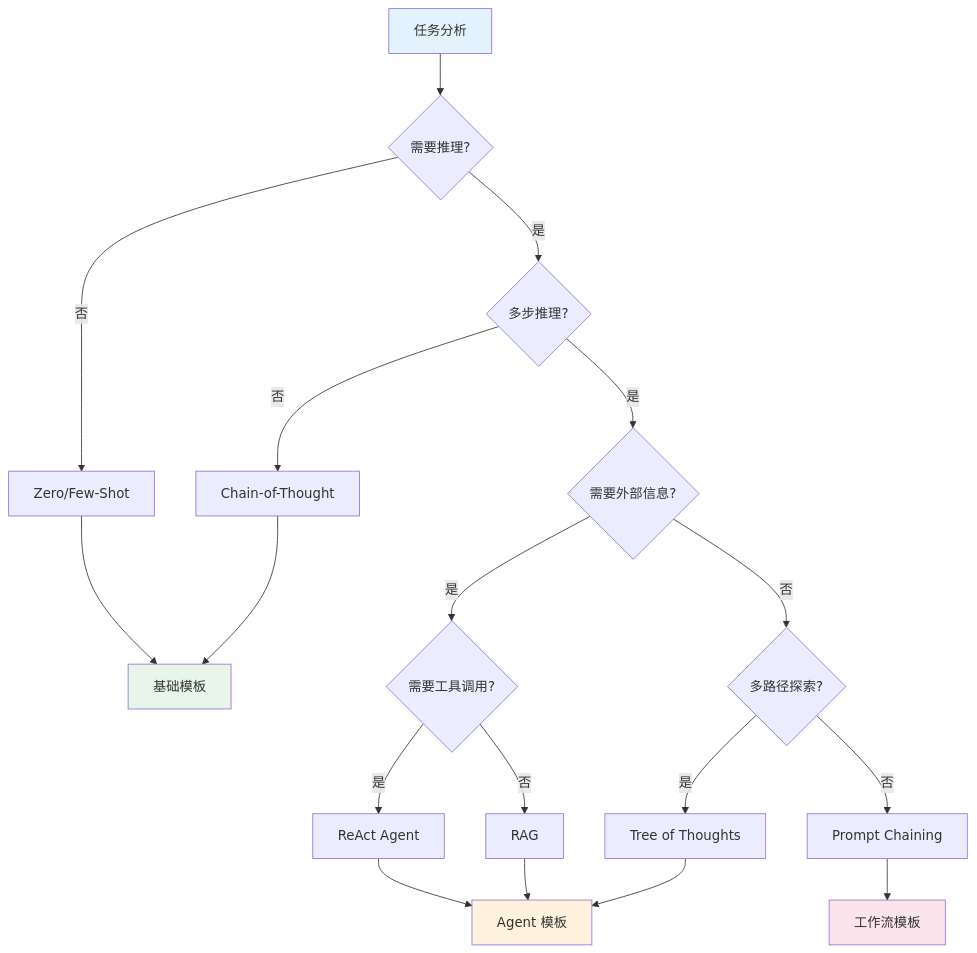
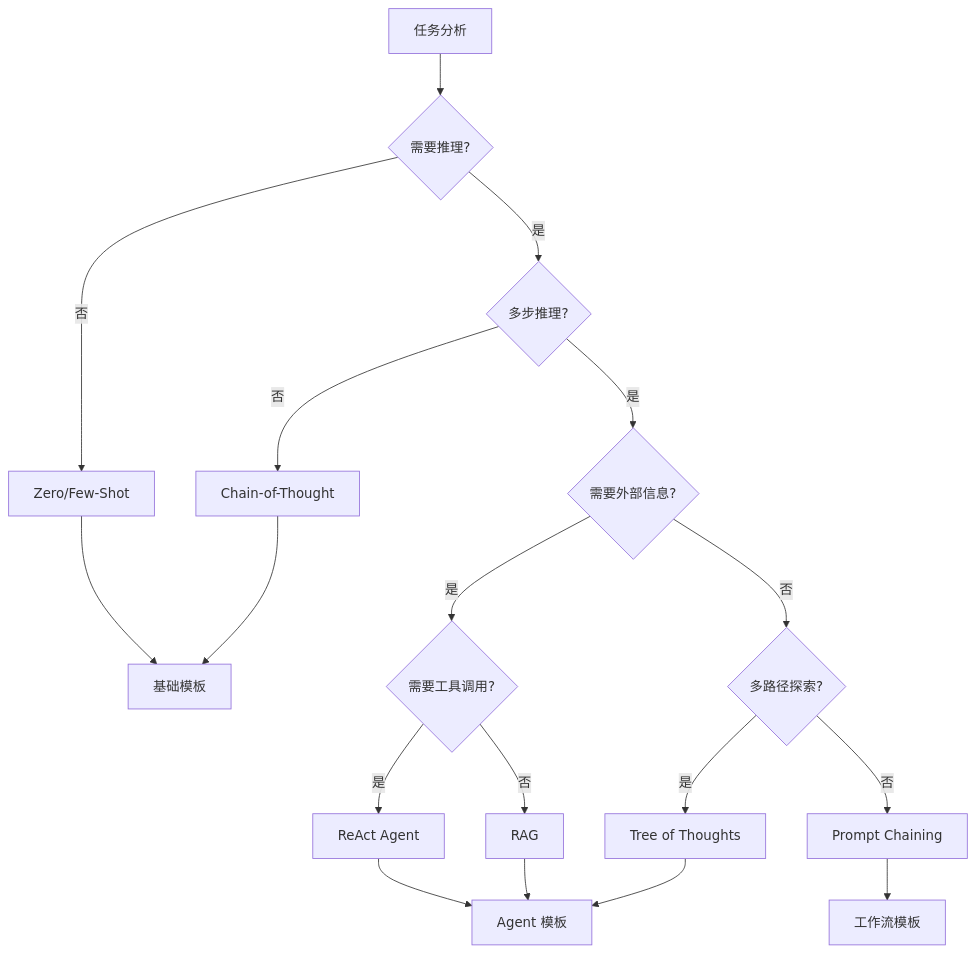
Before and after one commit to yuexiaoliang/prompt-engineering-learning: the second of 7 diagrams in 08-production-zh.md, drawn with Mermaid. The commit also changed other lines of this file, not shown here.

Commit message:
fix: remove hardcoded Mermaid fill colors for light/dark theme auto-adaptation

````diff
--- a/08-production-zh.md
+++ b/08-production-zh.md
@@ -144,30 +144,27 @@
 ```mermaid
 flowchart TD
     A[任务分析] --> B{需要推理?}
     B -->|否| C[Zero/Few-Shot]
     B -->|是| D{多步推理?}
 
     D -->|否| E[Chain-of-Thought]
     D -->|是| F{需要外部信息?}
 
     F -->|是| G{需要工具调用?}
     F -->|否| H{多路径探索?}
 
     G -->|是| I[ReAct Agent]
     G -->|否| J[RAG]
 
     H -->|是| K[Tree of Thoughts]
     H -->|否| L[Prompt Chaining]
 
     C --> M[基础模板]
     E --> M
     I --> N[Agent 模板]
     J --> N
     K --> N
     L --> O[工作流模板]
 
-    style A fill:#e3f2fd
-    style M fill:#e8f5e9
-    style N fill:#fff3e0
-    style O fill:#fce4ec
+
 ```
````
